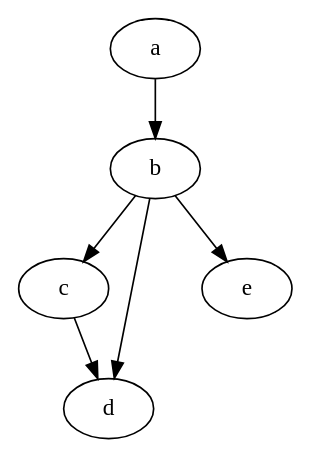
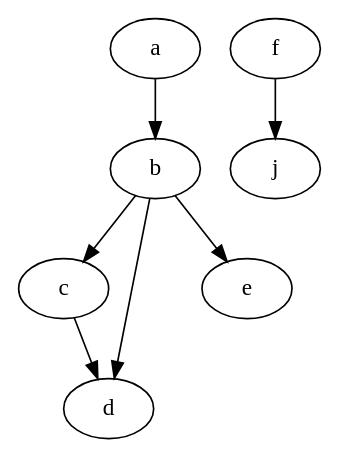
Before and after one commit to AlexF99/graph-toposort: the diagram in graph0.dot, drawn with Graphviz. The commit also changed 2 other files, not shown here.

```diff
--- a/graph0.dot
+++ b/graph0.dot
@@ -1,6 +1,7 @@
 digraph graphname {
     a -> b -> c;
     b -> d;
     c -> d;
     b -> e;
+    f -> j
 }
```
